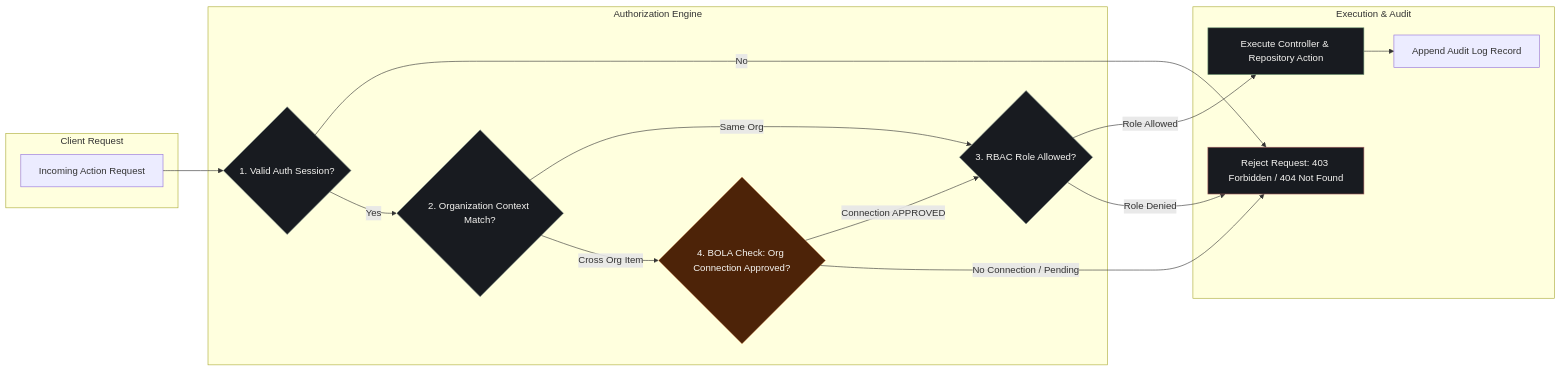
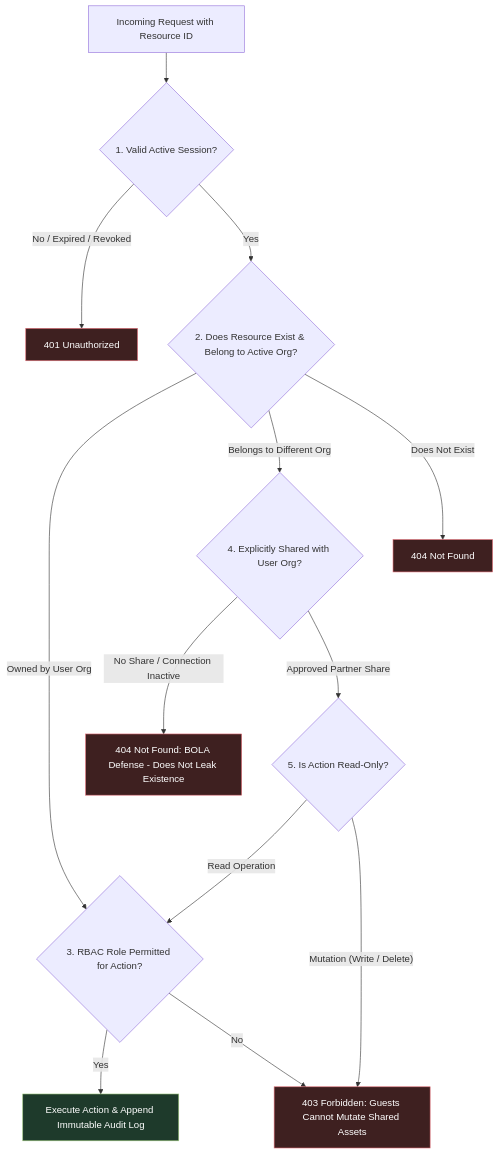
One commit to gargijoshi9/unified-workspace changed the third of 3 diagrams in docs/architecture.md. Above: the diagram before and after it, drawn with Mermaid. The commit also changed other lines of this file and 4 other files, not shown here.

Commit message:
docs: update system architecture and technical documentation

````diff
--- a/docs/architecture.md
+++ b/docs/architecture.md
@@ -77,41 +125,26 @@
 ```mermaid
-flowchart LR
-    subgraph Client Request
-        Req[Incoming Action Request]
-    end
+flowchart TD
+    Req[Incoming Request with Resource ID] --> Step1{1. Valid Active Session?}
+    
+    Step1 -- No / Expired / Revoked --> Deny401[401 Unauthorized]
+    Step1 -- Yes --> Step2{2. Does Resource Exist & Belong to Active Org?}
+    
+    Step2 -- Owned by User Org --> Step3{3. RBAC Role Permitted for Action?}
+    Step2 -- Belongs to Different Org --> Step4{4. Explicitly Shared with User Org?}
+    Step2 -- Does Not Exist --> Deny404[404 Not Found]
+    
+    Step4 -- No Share / Connection Inactive --> DenyBOLA[404 Not Found: BOLA Defense - Does Not Leak Existence]
+    Step4 -- Approved Partner Share --> Step5{5. Is Action Read-Only?}
+    
+    Step5 -- Read Operation --> Step3
+    Step5 -- Mutation (Write / Delete) --> Deny403[403 Forbidden: Guests Cannot Mutate Shared Assets]
+    
+    Step3 -- Yes --> Execute[Execute Action & Append Immutable Audit Log]
+    Step3 -- No --> Deny403
 
-    subgraph Authorization Engine
-        Step1{1. Valid Auth Session?}
-        Step2{2. Organization Context Match?}
-        Step3{3. RBAC Role Allowed?}
-        Step4{4. BOLA Check: Org Connection Approved?}
-    end
-
-    subgraph Execution & Audit
-        Success[Execute Controller & Repository Action]
-        Audit[Append Audit Log Record]
-        Deny[Reject Request: 403 Forbidden / 404 Not Found]
-    end
-
-    Req --> Step1
-    Step1 -- No --> Deny
-    Step1 -- Yes --> Step2
-    
-    Step2 -- Same Org --> Step3
-    Step2 -- Cross Org Item --> Step4
-    
-    Step4 -- Connection APPROVED --> Step3
-    Step4 -- No Connection / Pending --> Deny
-
-    Step3 -- Role Allowed --> Success
-    Step3 -- Role Denied --> Deny
-
-    Success --> Audit
-
-    style Step1 fill:#181B20,stroke:#8A9992,color:#F5F4F1
-    style Step2 fill:#181B20,stroke:#8A9992,color:#F5F4F1
-    style Step3 fill:#181B20,stroke:#8A9992,color:#F5F4F1
-    style Step4 fill:#4D2308,stroke:#C68B59,color:#F5F4F1
-    style Success fill:#181B20,stroke:#709775,color:#F5F4F1
-    style Deny fill:#181B20,stroke:#A35D5D,color:#F5F4F1
+    style Deny401 fill:#3E2020,stroke:#E06C75,color:#FFFFFF
+    style Deny404 fill:#3E2020,stroke:#E06C75,color:#FFFFFF
+    style DenyBOLA fill:#3E2020,stroke:#E06C75,color:#FFFFFF
+    style Deny403 fill:#3E2020,stroke:#E06C75,color:#FFFFFF
+    style Execute fill:#1E3A2B,stroke:#98C379,color:#FFFFFF
 ```
````
